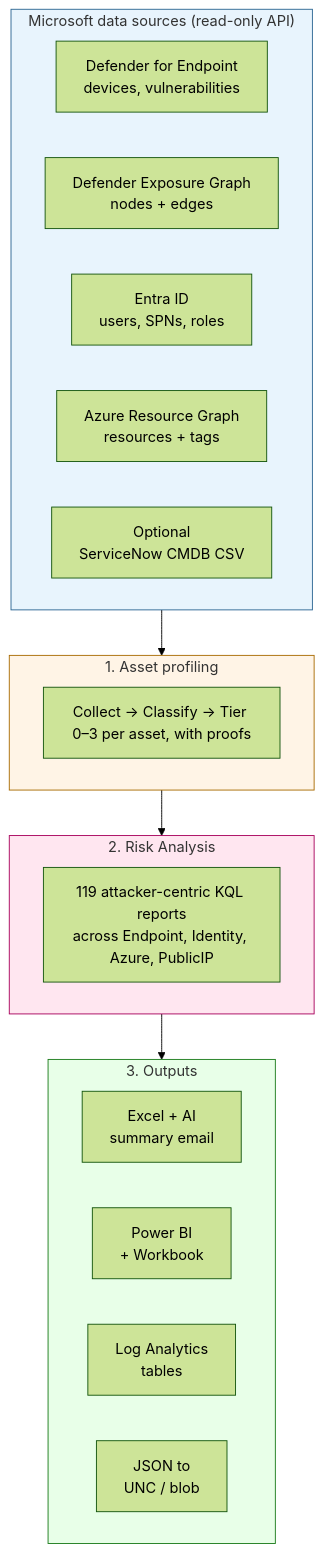
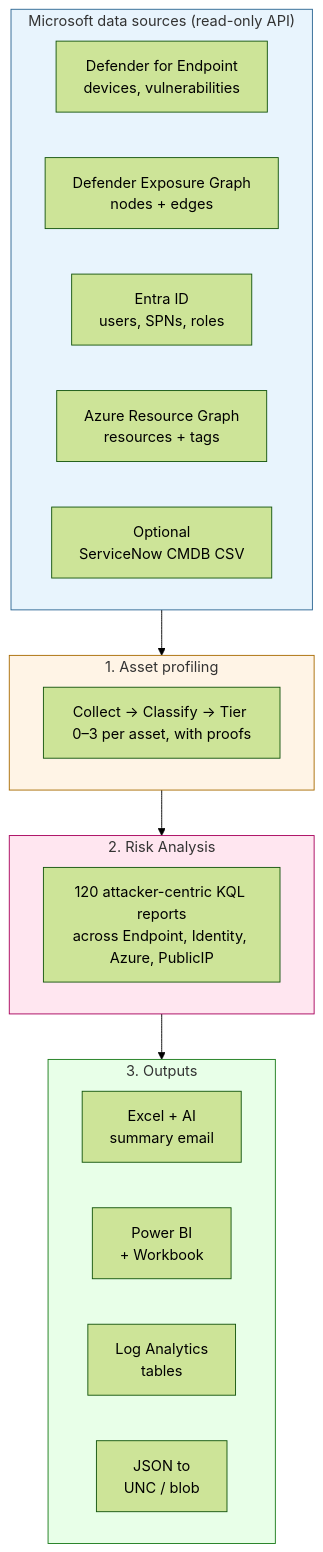
One commit to KnudsenMorten/SecurityInsight changed the first of 10 diagrams in README.md. Above: the diagram before and after it, drawn with Mermaid (forest theme). The commit also changed other lines of this file and 5 other files, not shown here.

````diff
--- a/README.md
+++ b/README.md
@@ -162,29 +162,29 @@
 ```mermaid
 flowchart TB
     subgraph SOURCES ["Microsoft data sources (read-only API)"]
         direction LR
         S1[Defender for Endpoint<br/>devices, vulnerabilities]
         S2[Defender Exposure Graph<br/>nodes + edges]
         S3[Entra ID<br/>users, SPNs, roles]
         S4[Azure Resource Graph<br/>resources + tags]
         S5[Optional<br/>ServiceNow CMDB CSV]
     end
     subgraph PROFILE ["1. Asset profiling"]
         P1[Collect → Classify → Tier 0–3 per asset, with proofs]
     end
     subgraph RA ["2. Risk Analysis"]
-        R1[119 attacker-centric KQL reports<br/>across Endpoint, Identity, Azure, PublicIP]
+        R1[120 attacker-centric KQL reports<br/>across Endpoint, Identity, Azure, PublicIP]
     end
     subgraph OUT ["3. Outputs"]
         direction LR
         O1[Excel + AI<br/>summary email]
         O2[Power BI<br/>+ Workbook]
         O3[Log Analytics<br/>tables]
         O4[JSON to<br/>UNC / blob]
     end
     SOURCES --> PROFILE --> RA --> OUT
     style SOURCES fill:#e8f4fd,stroke:#2a6592
     style PROFILE fill:#fff4e6,stroke:#a86a00
     style RA fill:#ffe6f0,stroke:#a8005c
     style OUT fill:#e8ffe8,stroke:#1a7a1a
 ```
````
